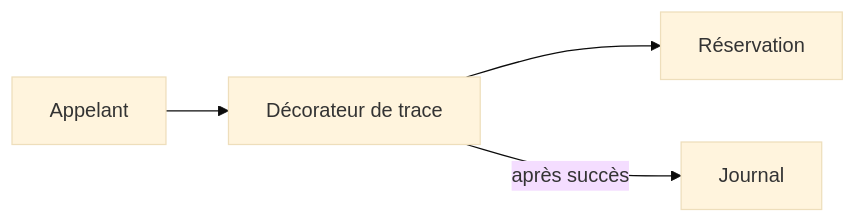
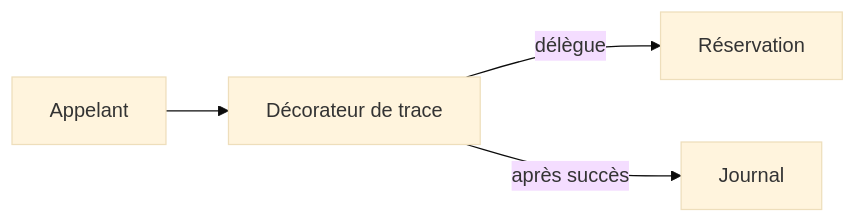
The diagram in src/cours/poo-patterns-frameworks/06-decorator.md (theopaolo/dev-carnet), drawn with Mermaid (base theme) before and after one commit. The commit also changed other lines of this file and 13 other files, not shown here.

````diff
--- a/src/cours/poo-patterns-frameworks/06-decorator.md
+++ b/src/cours/poo-patterns-frameworks/06-decorator.md
@@ -12,8 +18,8 @@
 ```mermaid
 flowchart LR
-  accTitle: Ajouter une trace autour d'une réservation
-  accDescr: L'appelant appelle un décorateur qui appelle la réservation, puis écrit une trace après son succès.
+  accTitle: Tracer après une réservation réussie
+  accDescr: L'appelant utilise le décorateur. Le décorateur appelle la réservation, puis ajoute une trace si elle a renvoyé un résultat.
   Appelant[Appelant] --> Decorateur[Décorateur de trace]
-  Decorateur --> Reservation[Réservation]
+  Decorateur -->|délègue| Reservation[Réservation]
   Decorateur -->|après succès| Journal[Journal]
 ```
````
